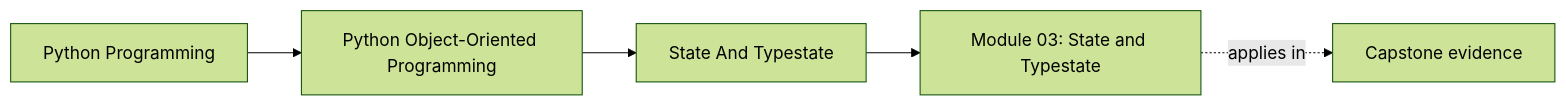
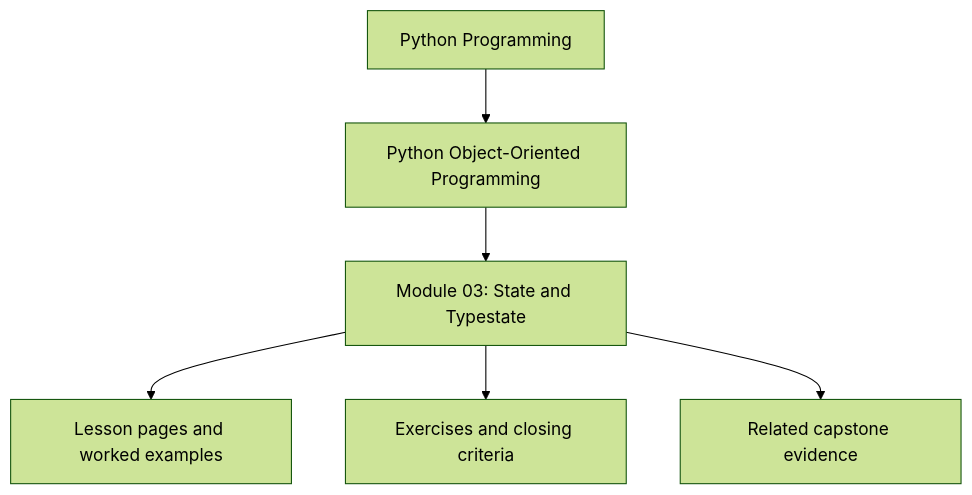
Before and after one commit to bijux/bijux-masterclass: the first of 2 diagrams in programs/python-programming/python-object-oriented-programming/course-book/module-03-state-and-typestate/index.md, drawn with Mermaid (forest theme). The commit also changed other lines of this file and 10 other files, not shown here.

Commit message:
docs(python-object-oriented-programming): reposition module overview diagrams

````diff
--- a/programs/python-programming/python-object-oriented-programming/course-book/module-03-state-and-typestate/index.md
+++ b/programs/python-programming/python-object-oriented-programming/course-book/module-03-state-and-typestate/index.md
@@ -7,11 +7,8 @@
 ```mermaid
-graph LR
-  family["Python Programming"]
-  program["Python Object-Oriented Programming"]
-  section["State And Typestate"]
-  page["Module 03: State and Typestate"]
-  capstone["Capstone evidence"]
-
-  family --> program --> section --> page
-  page -.applies in.-> capstone
+flowchart TD
+  family["Python Programming"] --> program["Python Object-Oriented Programming"]
+  program --> module["Module 03: State and Typestate"]
+  module --> lessons["Lesson pages and worked examples"]
+  module --> checkpoints["Exercises and closing criteria"]
+  module --> capstone["Related capstone evidence"]
 ```
````
